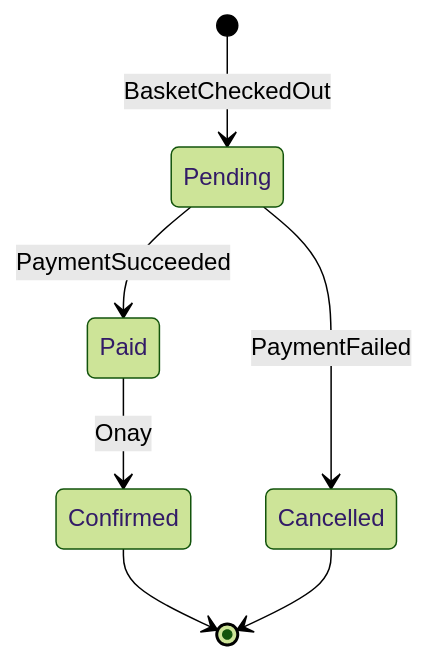
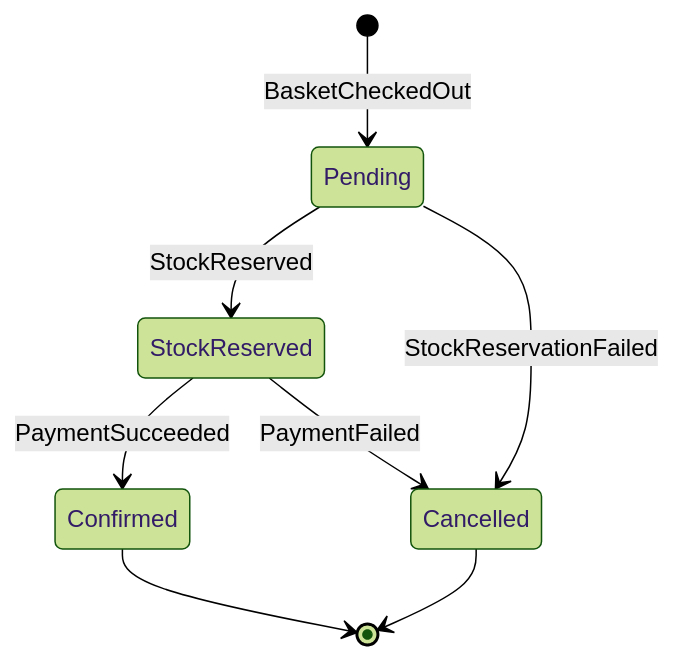
One commit to seyfullahcuhadar/modular-monolith-example changed the diagram in docs/plan/06-ordering.md. Above: the diagram before and after it, drawn with Mermaid (forest theme). The commit also changed other lines of this file and 9 other files, not shown here.

````diff
--- a/docs/plan/06-ordering.md
+++ b/docs/plan/06-ordering.md
@@ -10,9 +13,10 @@
 ```mermaid
 stateDiagram-v2
     [*] --> Pending: BasketCheckedOut
-    Pending --> Paid: PaymentSucceeded
-    Pending --> Cancelled: PaymentFailed
-    Paid --> Confirmed: Onay
+    Pending --> StockReserved: StockReserved
+    Pending --> Cancelled: StockReservationFailed
+    StockReserved --> Confirmed: PaymentSucceeded
+    StockReserved --> Cancelled: PaymentFailed
     Confirmed --> [*]
     Cancelled --> [*]
 ```
````
